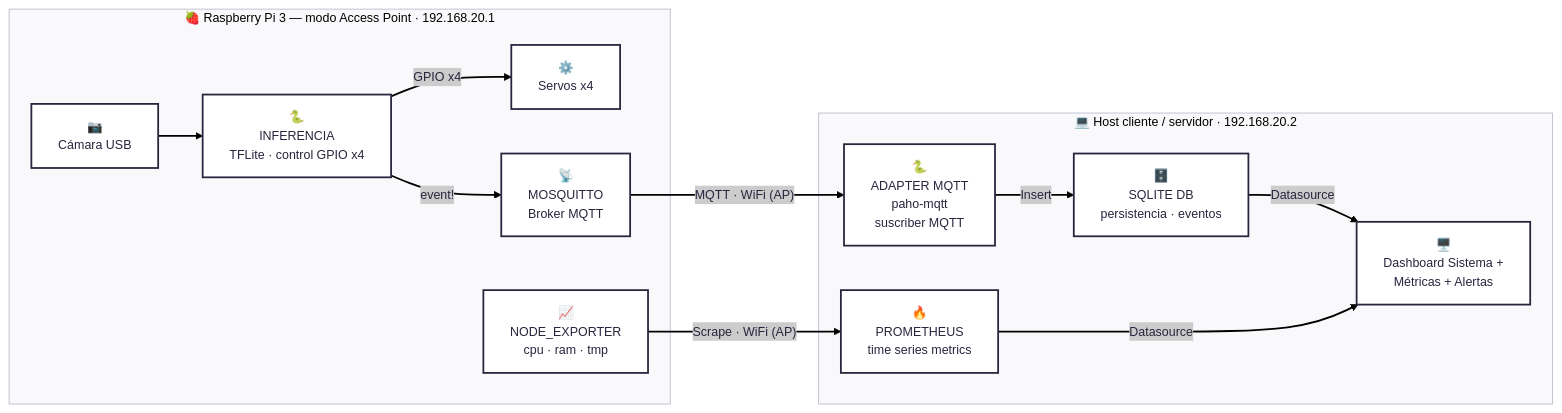
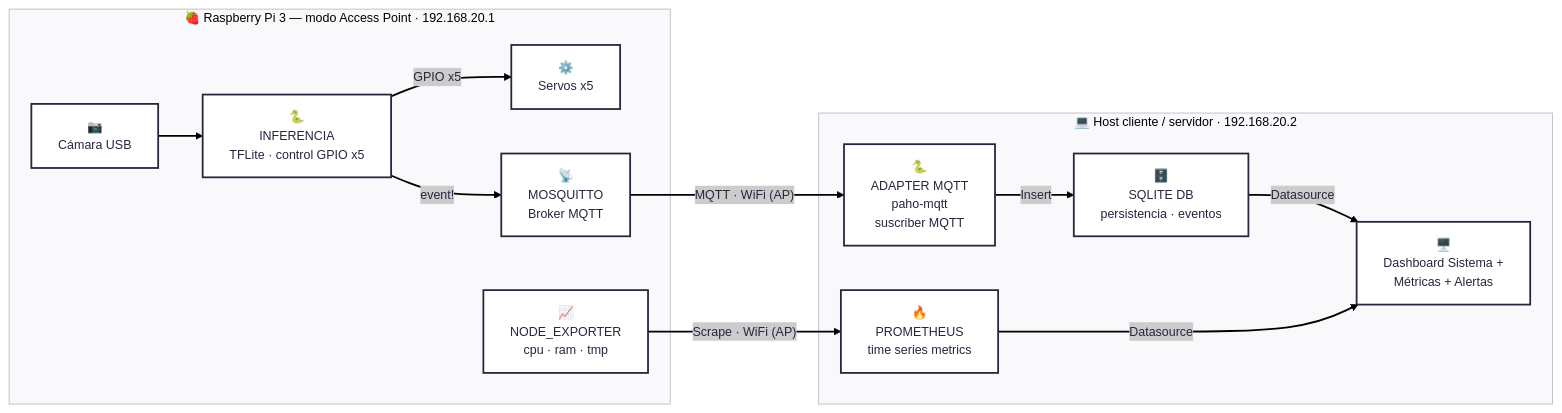
One commit to tpII/2026-g5-ecosort changed the diagram in README.md. Above: the diagram before and after it, drawn with Mermaid. The commit also changed other lines of this file and 2 other files, not shown here.

````diff
--- a/README.md
+++ b/README.md
@@ -37,31 +38,31 @@
 ```mermaid
 ---
 config:
   theme: redux
 ---
 flowchart LR
      subgraph PI["🍓 Raspberry Pi 3 — modo Access Point · 192.168.20.1"]
         CAM["📷 <br/> Cámara USB"]
-        SERVOS["⚙️ <br/>Servos x4"]
-        INF["🐍 <br/> INFERENCIA<br/>TFLite · control GPIO x4"]
+        SERVOS["⚙️ <br/>Servos x5"]
+        INF["🐍 <br/> INFERENCIA<br/>TFLite · control GPIO x5"]
         MOSQ["📡 <br/>MOSQUITTO<br/>Broker MQTT"]
         NODEEXP["📈 <br/> NODE_EXPORTER<br/>cpu · ram · tmp"]
 
         CAM --> INF
-        INF -->|GPIO x4| SERVOS
+        INF -->|GPIO x5| SERVOS
         INF -->|event!| MOSQ
     end
 
     subgraph HOST["💻 Host cliente / servidor · 192.168.20.2"]
         ADAPTER["🐍 <br/>ADAPTER MQTT<br/>paho-mqtt<br/>suscriber MQTT"]
         SQLITE["🗄️ <br/> SQLITE DB<br/>persistencia · eventos"]
         PROM["🔥 <br/>PROMETHEUS<br/>time series metrics"]
         DASH["🖥️ <br/>Dashboard Sistema +<br/>Métricas + Alertas"]
         ADAPTER -->|Insert| SQLITE
         SQLITE -->|Datasource| DASH
         PROM -->|Datasource| DASH
     end
 
     MOSQ -->|"MQTT · WiFi (AP)"| ADAPTER
     NODEEXP -->|"Scrape · WiFi (AP)"| PROM
 ```
````
